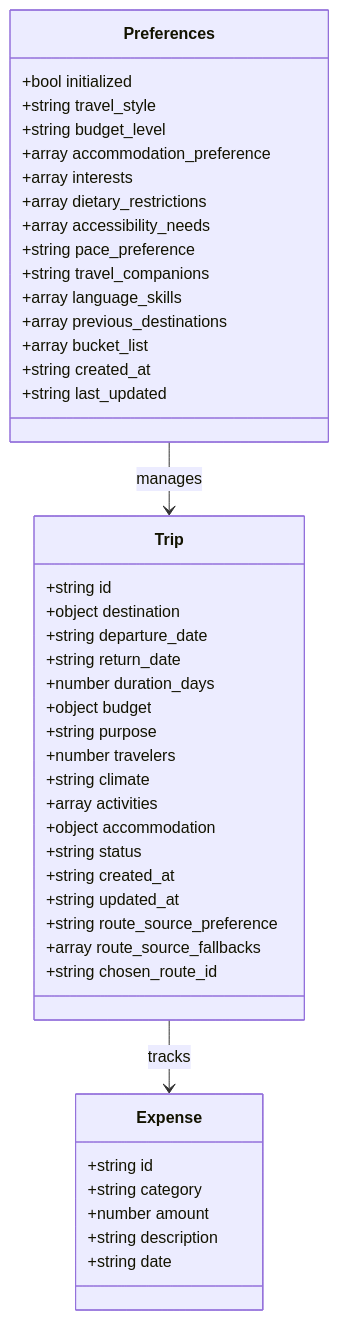
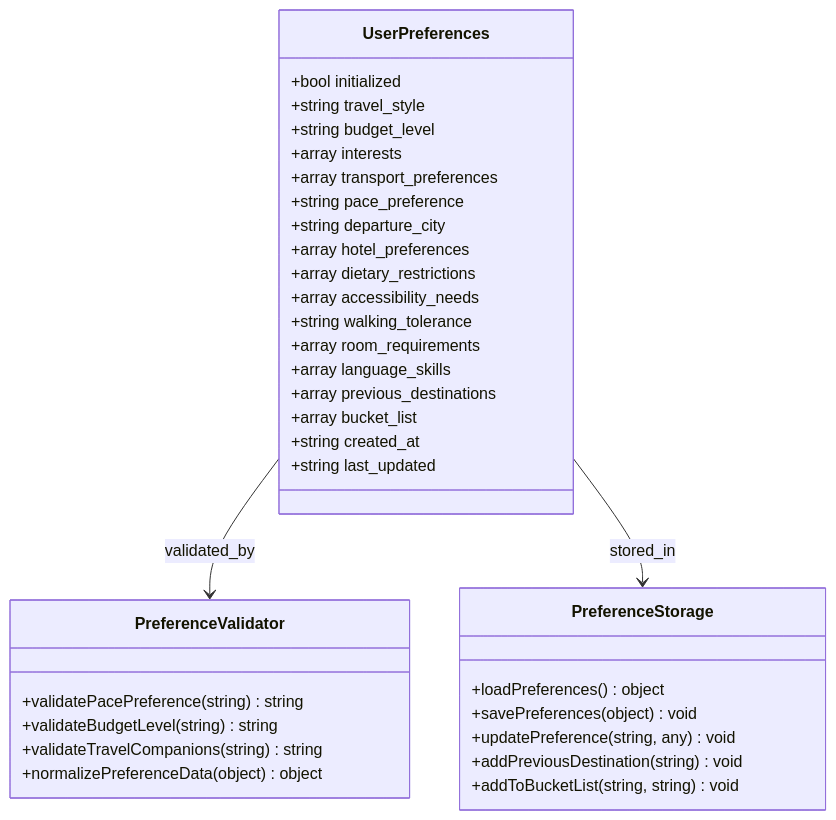
The ninth of 28 diagrams in .qoder/repowiki/zh/content/技能平台/内置技能/旅行规划技能系统.md (verse-ai-org/openclaw), drawn with Mermaid before and after one commit. The commit also changed other lines of this file and 22 other files, not shown here.

````diff
--- a/.qoder/repowiki/zh/content/技能平台/内置技能/旅行规划技能系统.md
+++ b/.qoder/repowiki/zh/content/技能平台/内置技能/旅行规划技能系统.md
@@ -354,47 +516,37 @@
 ```mermaid
 classDiagram
-class Preferences {
+class UserPreferences {
 +bool initialized
 +string travel_style
 +string budget_level
-+array accommodation_preference
 +array interests
++array transport_preferences
++string pace_preference
++string departure_city
++array hotel_preferences
 +array dietary_restrictions
 +array accessibility_needs
-+string pace_preference
-+string travel_companions
++string walking_tolerance
++array room_requirements
 +array language_skills
 +array previous_destinations
 +array bucket_list
 +string created_at
 +string last_updated
 }
-class Trip {
-+string id
-+object destination
-+string departure_date
-+string return_date
-+number duration_days
-+object budget
-+string purpose
-+number travelers
-+string climate
-+array activities
-+object accommodation
-+string status
-+string created_at
-+string updated_at
-+string route_source_preference
-+array route_source_fallbacks
-+string chosen_route_id
+class PreferenceValidator {
++validatePacePreference(string) string
++validateBudgetLevel(string) string
++validateTravelCompanions(string) string
++normalizePreferenceData(object) object
 }
-class Expense {
-+string id
-+string category
-+number amount
-+string description
-+string date
+class PreferenceStorage {
++loadPreferences() object
++savePreferences(object) void
++updatePreference(string, any) void
++addPreviousDestination(string) void
++addToBucketList(string, string) void
 }
-Preferences --> Trip : manages
-Trip --> Expense : tracks
+UserPreferences --> PreferenceValidator : validated_by
+UserPreferences --> PreferenceStorage : stored_in
 ```
````
